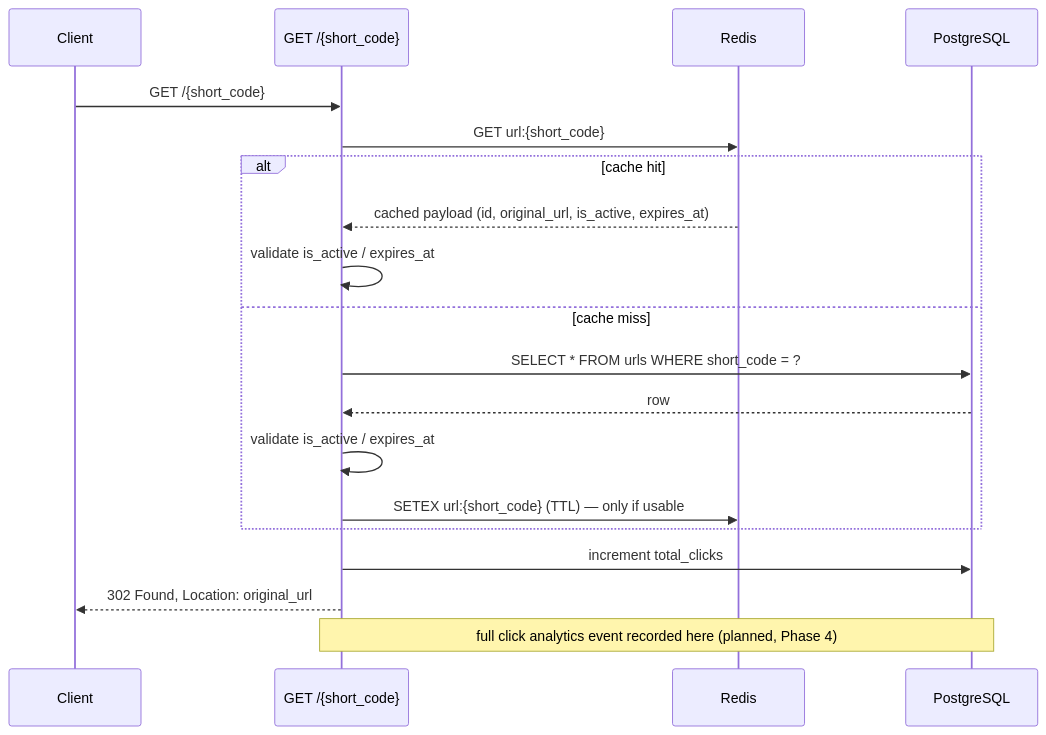
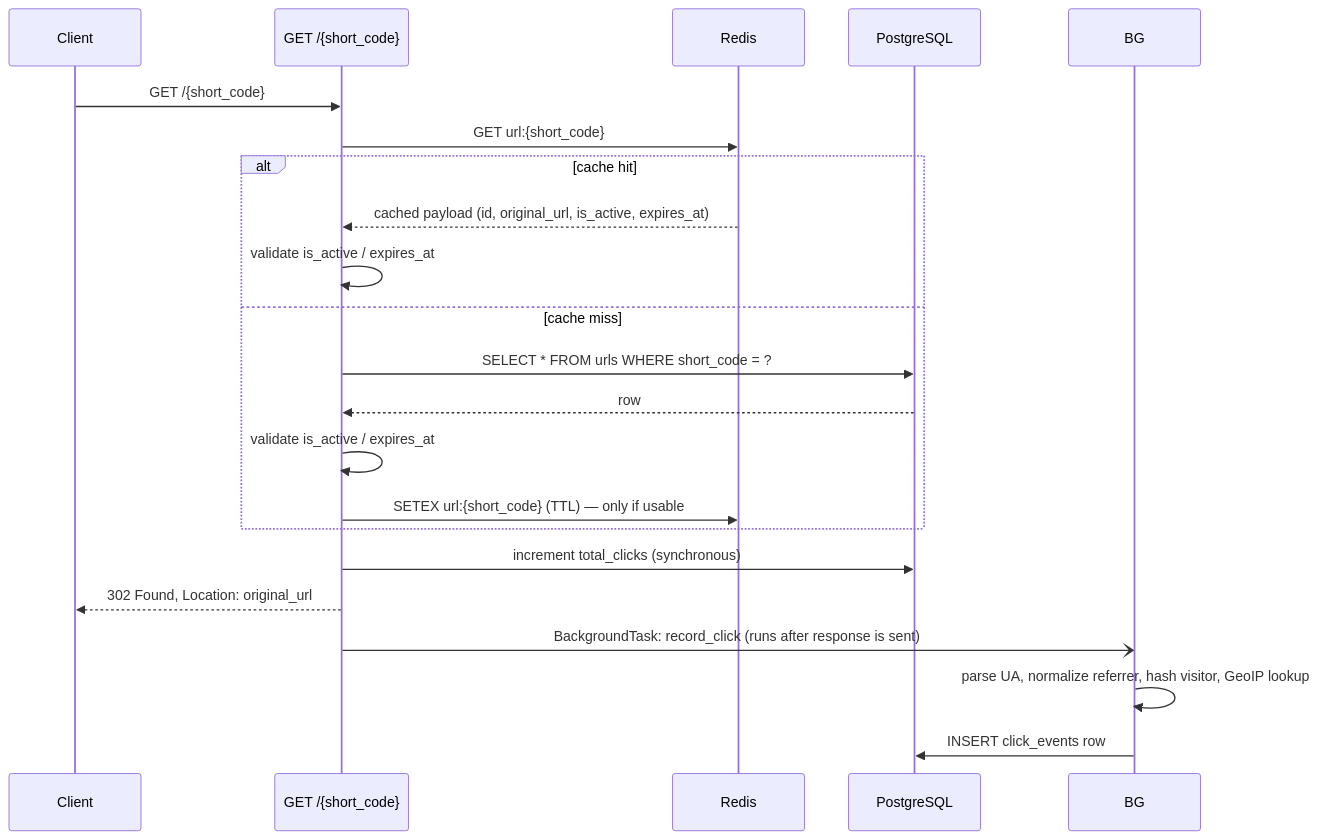
The third of 5 diagrams in README.md (mahadabbasi19/URL-Shortner-Analytics), drawn with Mermaid before and after one commit. The commit also changed other lines of this file and 16 other files, not shown here.

````diff
--- a/README.md
+++ b/README.md
@@ -123,22 +129,24 @@
 ```mermaid
 sequenceDiagram
     participant C as Client
     participant API as GET /{short_code}
     participant Redis as Redis
     participant DB as PostgreSQL
 
     C->>API: GET /{short_code}
     API->>Redis: GET url:{short_code}
     alt cache hit
         Redis-->>API: cached payload (id, original_url, is_active, expires_at)
         API->>API: validate is_active / expires_at
     else cache miss
         API->>DB: SELECT * FROM urls WHERE short_code = ?
         DB-->>API: row
         API->>API: validate is_active / expires_at
         API->>Redis: SETEX url:{short_code} (TTL) — only if usable
     end
-    API->>DB: increment total_clicks
+    API->>DB: increment total_clicks (synchronous)
     API-->>C: 302 Found, Location: original_url
-    Note over API,DB: full click analytics event recorded here (planned, Phase 4)
+    API-)BG: BackgroundTask: record_click (runs after response is sent)
+    BG->>BG: parse UA, normalize referrer, hash visitor, GeoIP lookup
+    BG->>DB: INSERT click_events row
 ```
````
